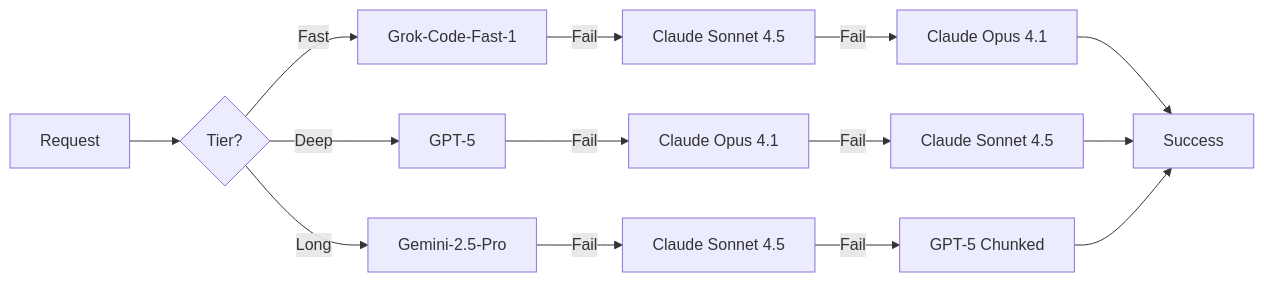
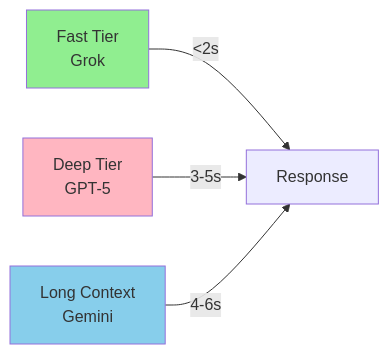
Before and after one commit to Tony363/SuperClaude: diagram 13 of 14 in README.md, drawn with Mermaid. The commit also changed other lines of this file and 1 other file, not shown here.

Commit message:
architecture overview

````diff
--- a/README.md
+++ b/README.md
@@ -1080,20 +1050,10 @@
 ```mermaid
 graph LR
-    A[Request] --> B{Tier?}
+    A[Fast Tier<br/>Grok] -->|<2s| B[Response]
+    C[Deep Tier<br/>GPT-5] -->|3-5s| B
+    D[Long Context<br/>Gemini] -->|4-6s| B
 
-    B -->|Fast| C[Grok-Code-Fast-1]
-    C -->|Fail| D[Claude Sonnet 4.5]
-    D -->|Fail| E[Claude Opus 4.1]
-
-    B -->|Deep| F[GPT-5]
-    F -->|Fail| G[Claude Opus 4.1]
-    G -->|Fail| H[Claude Sonnet 4.5]
-
-    B -->|Long| I[Gemini-2.5-Pro]
-    I -->|Fail| J[Claude Sonnet 4.5]
-    J -->|Fail| K[GPT-5 Chunked]
-
-    E --> L[Success]
-    H --> L
-    K --> L
+    style A fill:#90EE90
+    style C fill:#FFB6C1
+    style D fill:#87CEEB
 ```
````
